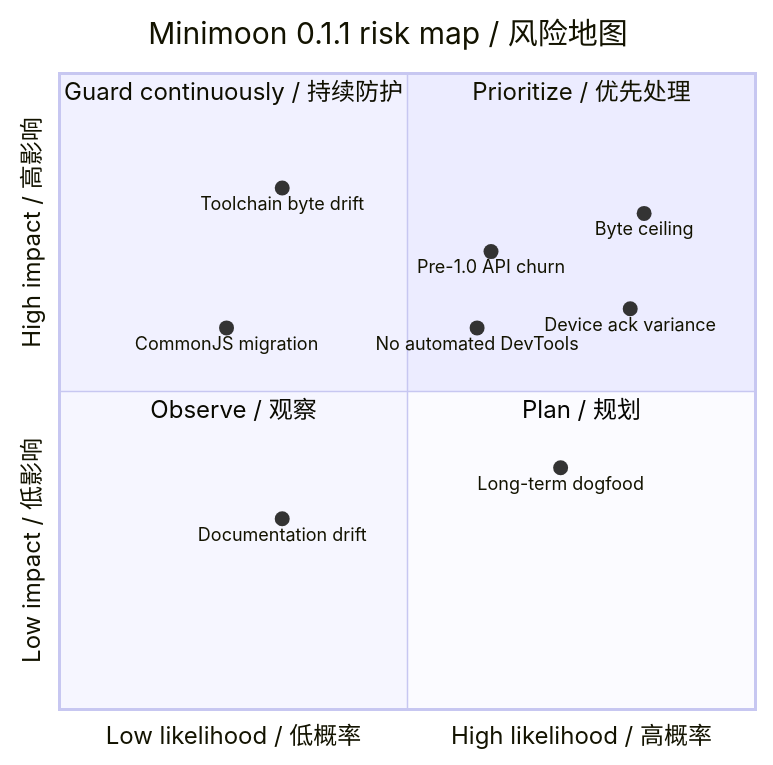
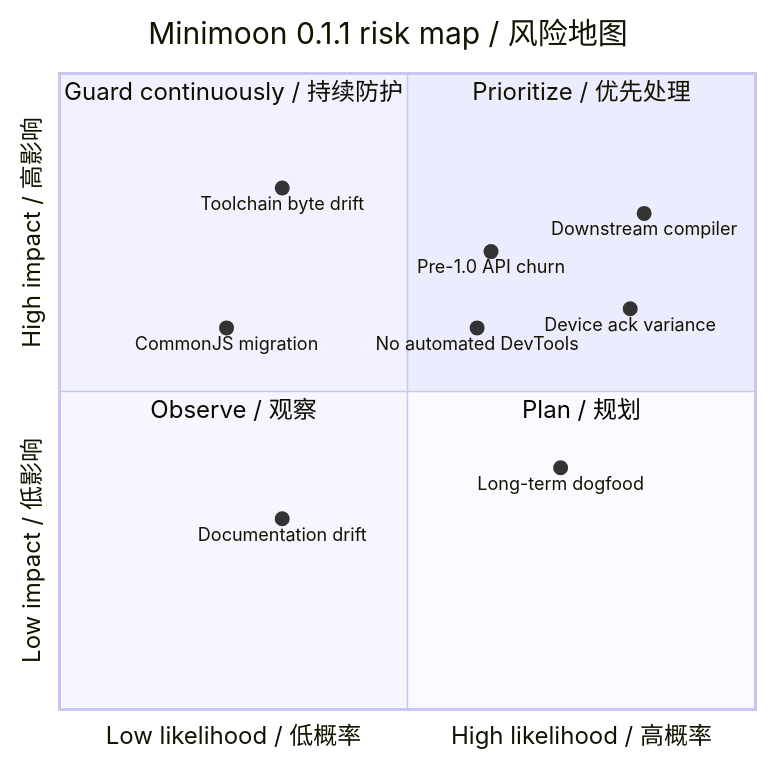
The diagram in docs/code-analysis/assets/diagrams/source/08-RISKS-TESTING-AND-PERFORMANCE-2.mmd (lucavance/minimoon), drawn with Mermaid before and after one commit. The commit also changed 51 other files, not shown here.

```diff
--- a/docs/code-analysis/assets/diagrams/source/08-RISKS-TESTING-AND-PERFORMANCE-2.mmd
+++ b/docs/code-analysis/assets/diagrams/source/08-RISKS-TESTING-AND-PERFORMANCE-2.mmd
@@ -1,16 +1,16 @@
 quadrantChart
     title Minimoon 0.1.1 risk map / 风险地图
     x-axis Low likelihood / 低概率 --> High likelihood / 高概率
     y-axis Low impact / 低影响 --> High impact / 高影响
     quadrant-1 Prioritize / 优先处理
     quadrant-2 Guard continuously / 持续防护
     quadrant-3 Observe / 观察
     quadrant-4 Plan / 规划
-    Byte ceiling: [0.84, 0.78]
+    Downstream compiler: [0.84, 0.78]
     Device ack variance: [0.82, 0.63]
     Pre-1.0 API churn: [0.62, 0.72]
     Toolchain byte drift: [0.32, 0.82]
     No automated DevTools: [0.60, 0.60]
     Long-term dogfood: [0.72, 0.38]
     CommonJS migration: [0.24, 0.60]
     Documentation drift: [0.32, 0.30]
```
